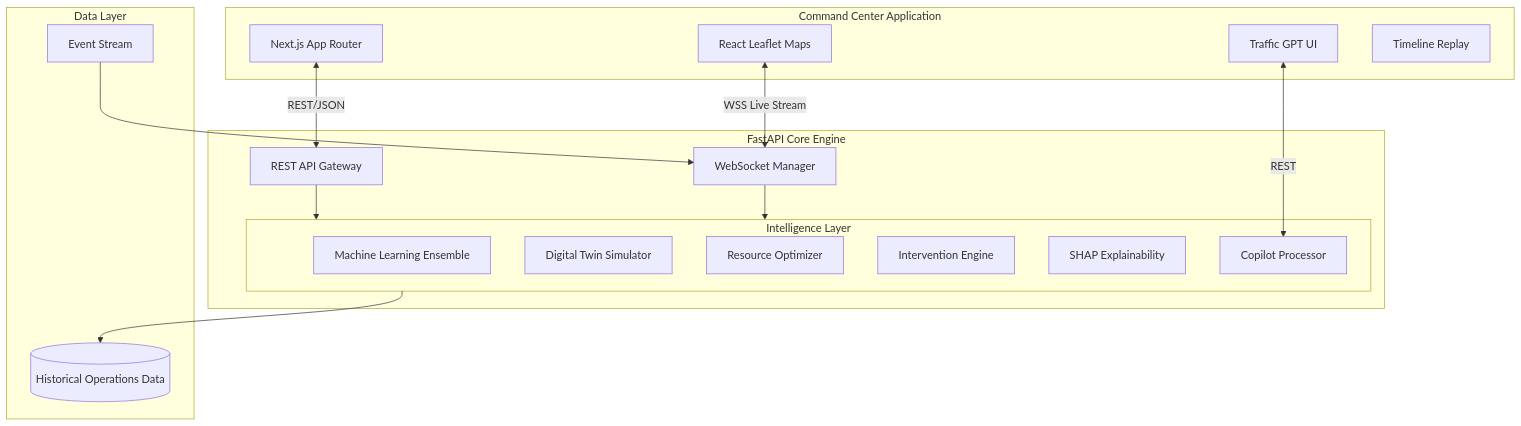
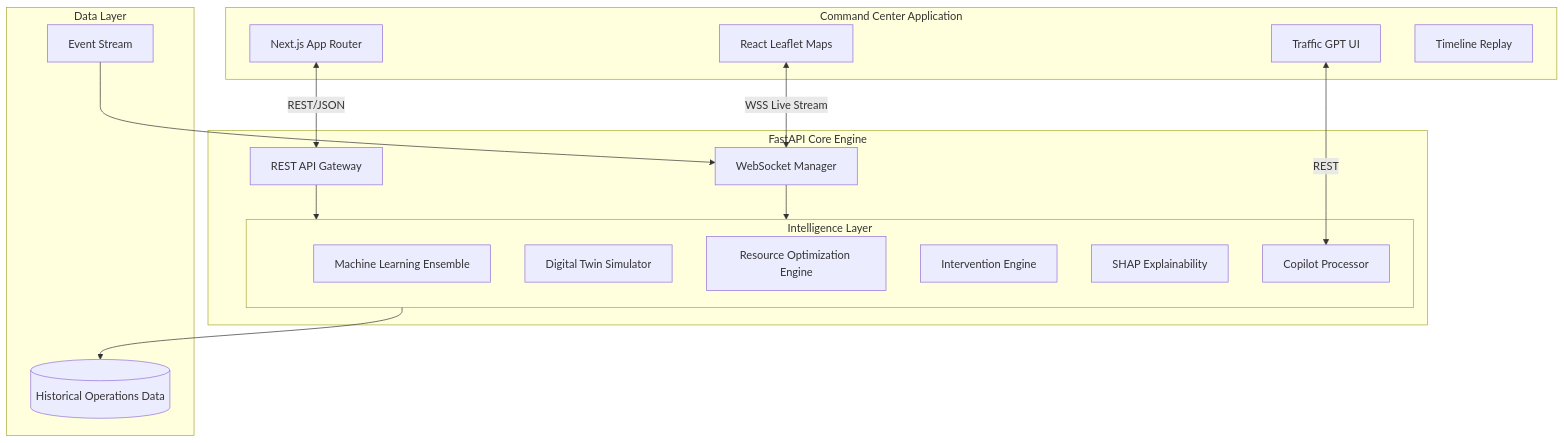
Before and after one commit to Sap1x/UrbanFlow-AI: the first of 2 diagrams in README.md, drawn with Mermaid. The commit also changed other lines of this file, not shown here.

Commit message:
Fix mermaid parsing errors in README.md

````diff
--- a/README.md
+++ b/README.md
@@ -109,38 +109,38 @@
 ```mermaid
 graph TD
     subgraph Frontend [Command Center Application]
         UI[Next.js App Router]
         GIS[React Leaflet Maps]
         Copilot[Traffic GPT UI]
         Timeline[Timeline Replay]
     end
 
     subgraph Backend [FastAPI Core Engine]
         Gateway[REST API Gateway]
         WS[WebSocket Manager]
         
         subgraph Subsystems [Intelligence Layer]
-            ML[Machine Learning Ensemble]
-            Sim[Digital Twin Simulator]
-            Opt[Resource Optimizer]
-            Interv[Intervention Engine]
-            XAI[SHAP Explainability]
-            NLP[Copilot Processor]
+            MLEnsemble[Machine Learning Ensemble]
+            DigitalTwin[Digital Twin Simulator]
+            ResourceOptimizer[Resource Optimization Engine]
+            InterventionEngine[Intervention Engine]
+            ExplainabilityXAI[SHAP Explainability]
+            CopilotProcessor[Copilot Processor]
         end
     end
 
     subgraph Data [Data Layer]
-        Kafka[Event Stream]
-        DB[(Historical Operations Data)]
+        EventStream[Event Stream]
+        HistoryDB[(Historical Operations Data)]
     end
 
     UI <--> |REST/JSON| Gateway
     GIS <--> |WSS Live Stream| WS
-    Copilot <--> |REST| NLP
+    Copilot <--> |REST| CopilotProcessor
     
     Gateway --> Subsystems
     WS --> Subsystems
     
-    Subsystems --> DB
-    Kafka --> WS
+    Subsystems --> HistoryDB
+    EventStream --> WS
 ```
````
